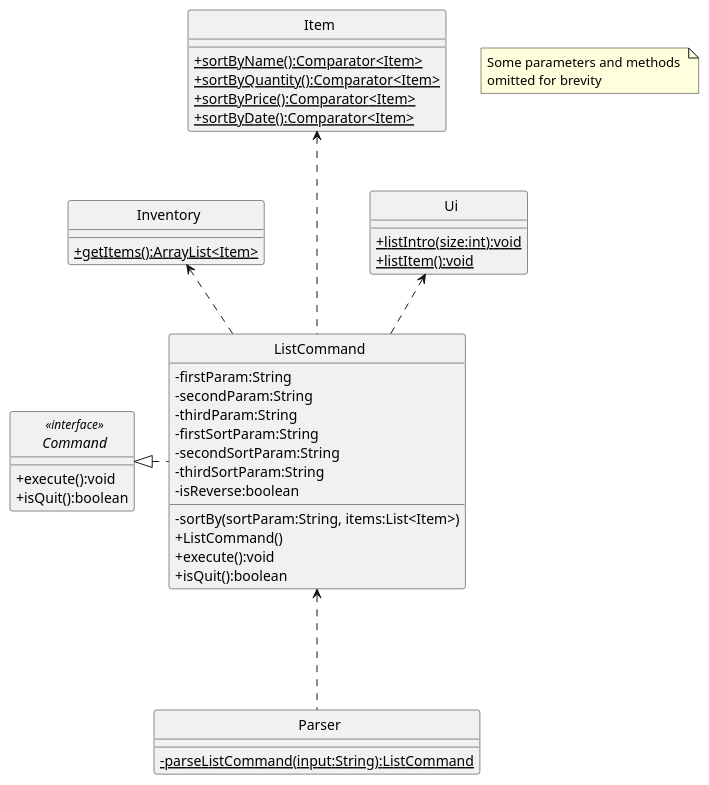
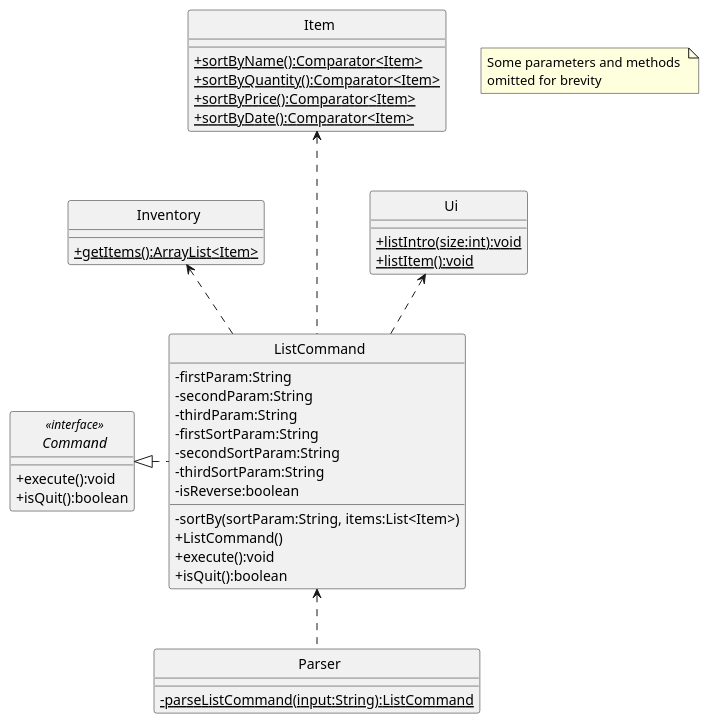
One commit to rismm/tp changed the first of 2 diagrams in docs/uml-diagrams/ListCommand.puml. Above: the diagram before and after it, drawn with PlantUML. The commit also changed 3 other files, not shown here.

Commit message:
Update class diagrams

```diff
--- a/docs/uml-diagrams/ListCommand.puml
+++ b/docs/uml-diagrams/ListCommand.puml
@@ -1,60 +1,60 @@
 @startuml
 skinparam classAttributeIconSize 0
 skinparam CircledCharacterFontSize 0
 skinparam CircledCharacterRadius 0
 
 abstract class Command
 class Inventory
 class Item
 class ListCommand
 class Parser
 class Ui
 
 Command <|. ListCommand
 Item <... ListCommand
 Ui <.. ListCommand
 Inventory <.. ListCommand
-ListCommand <... Parser
+ListCommand <.. Parser
 
 interface Command <<interface>> {
     +execute():void
     +isQuit():boolean
 }
 
 class ListCommand {
     -firstParam:String
     -secondParam:String
     -thirdParam:String
     -firstSortParam:String
     -secondSortParam:String
     -thirdSortParam:String
     -isReverse:boolean
     -sortBy(sortParam:String, items:List<Item>)
     +ListCommand()
     +execute():void
     +isQuit():boolean
 }
 
 class Item {
     {static}+sortByName():Comparator<Item>
     {static}+sortByQuantity():Comparator<Item>
     {static}+sortByPrice():Comparator<Item>
     {static}+sortByDate():Comparator<Item>
 }
 
 class Inventory {
     {static}+getItems():ArrayList<Item>
 }
 
 class Ui {
     {static}+listIntro(size:int):void
     {static}+listItem():void
 }
 
 class Parser {
     {static}-parseListCommand(input:String):ListCommand
 }
 
 note "Some parameters and methods \nomitted for brevity" as n1
 
 @enduml
```
